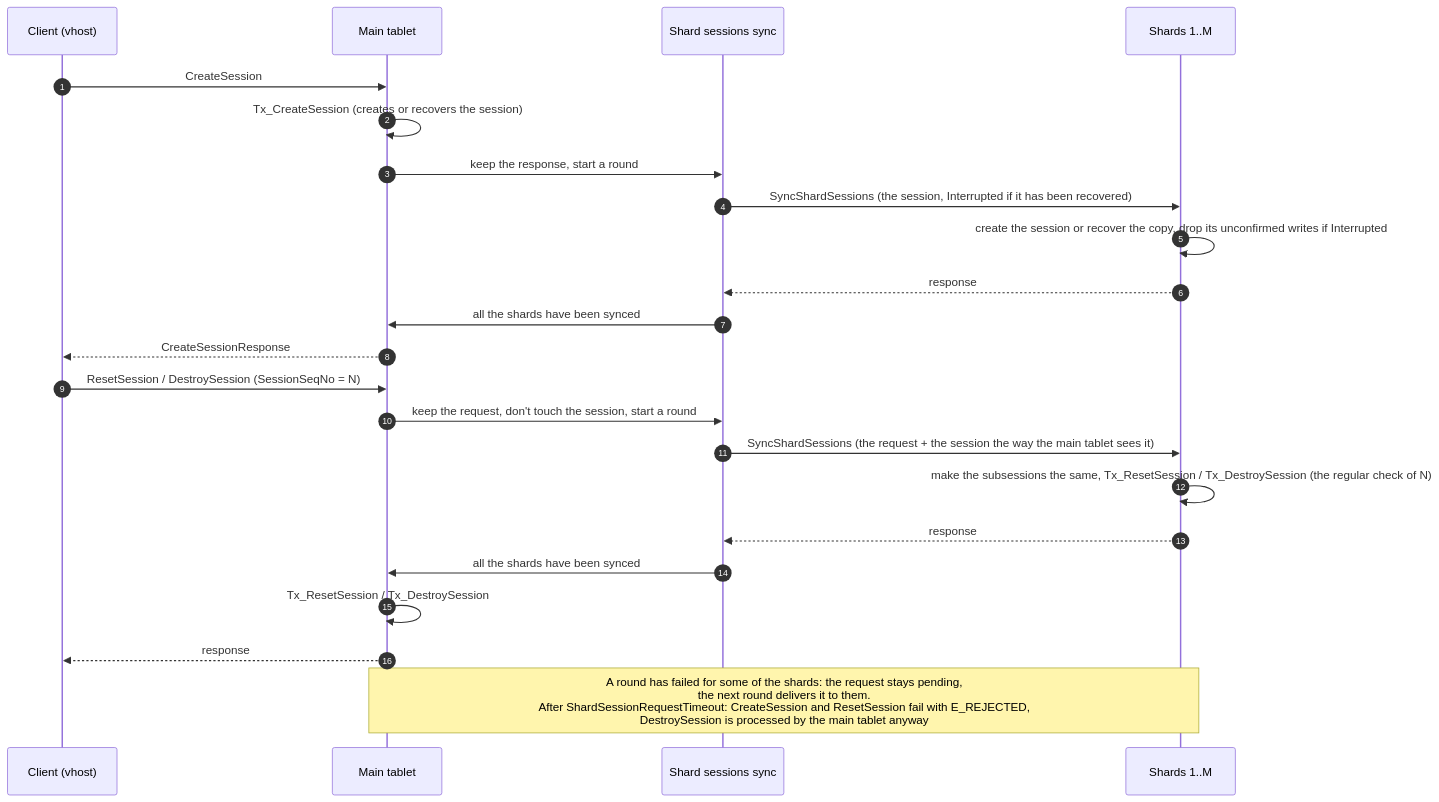
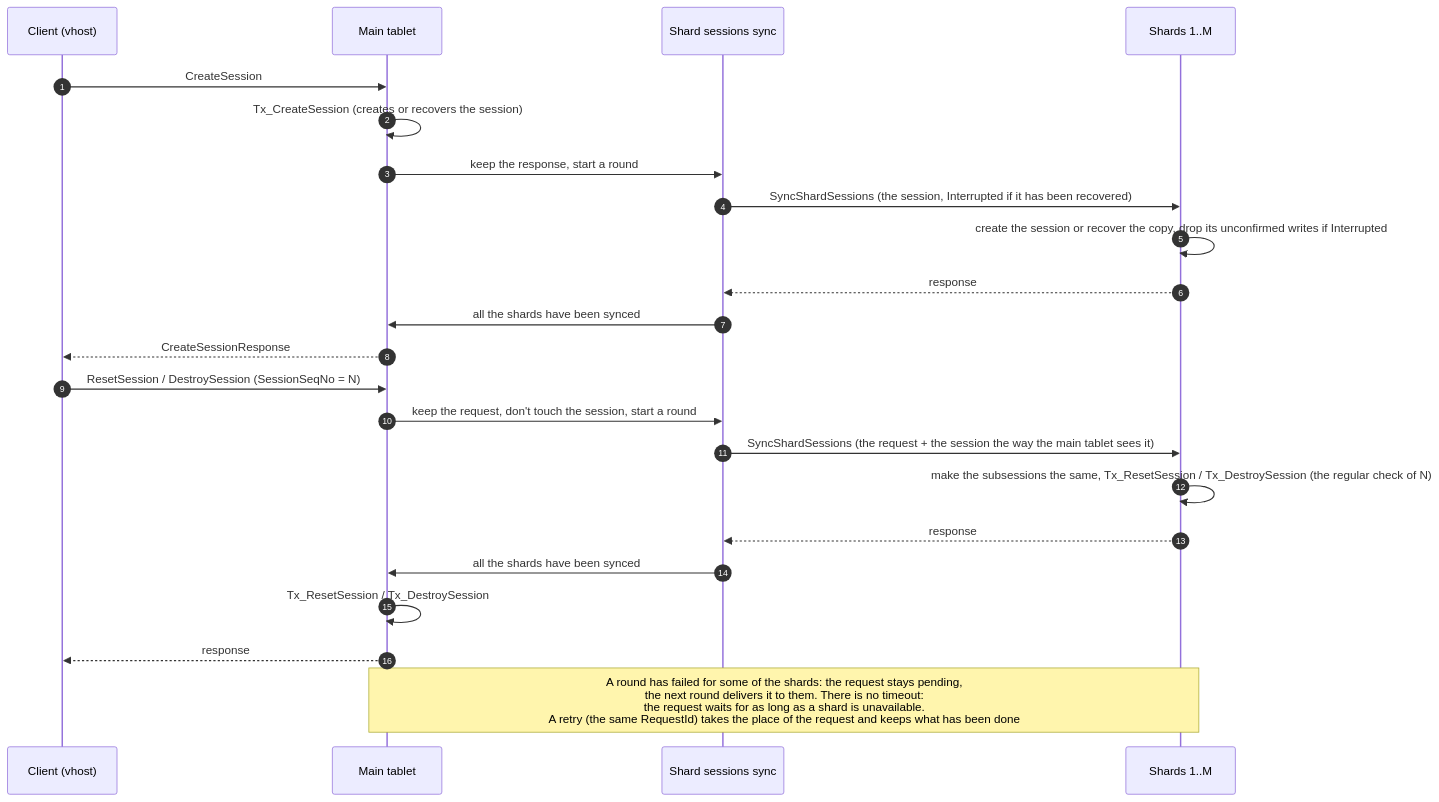
One commit to ydb-platform/nbs changed the second of 3 diagrams in doc/filestore/design/lazy_shard_sessions.md. Above: the diagram before and after it, drawn with Mermaid. The commit also changed other lines of this file, not shown here.

````diff
--- a/doc/filestore/design/lazy_shard_sessions.md
+++ b/doc/filestore/design/lazy_shard_sessions.md
@@ -75,28 +79,28 @@
 ```mermaid
 sequenceDiagram
     autonumber
     participant C as Client (vhost)
     participant M as Main tablet
     participant A as Shard sessions sync
     participant S as Shards 1..M
 
     C->>M: CreateSession
     M->>M: Tx_CreateSession (creates or recovers the session)
     M->>A: keep the response, start a round
     A->>S: SyncShardSessions (the session, Interrupted if it has been recovered)
     S->>S: create the session or recover the copy, drop its unconfirmed writes if Interrupted
     S-->>A: response
     A->>M: all the shards have been synced
     M-->>C: CreateSessionResponse
 
     C->>M: ResetSession / DestroySession (SessionSeqNo = N)
     M->>A: keep the request, don't touch the session, start a round
     A->>S: SyncShardSessions (the request + the session the way the main tablet sees it)
     S->>S: make the subsessions the same, Tx_ResetSession / Tx_DestroySession (the regular check of N)
     S-->>A: response
     A->>M: all the shards have been synced
     M->>M: Tx_ResetSession / Tx_DestroySession
     M-->>C: response
 
-    Note over M,S: A round has failed for some of the shards: the request stays pending,<br/>the next round delivers it to them.<br/>After ShardSessionRequestTimeout: CreateSession and ResetSession fail with E_REJECTED,<br/>DestroySession is processed by the main tablet anyway
+    Note over M,S: A round has failed for some of the shards: the request stays pending,<br/>the next round delivers it to them. There is no timeout:<br/>the request waits for as long as a shard is unavailable.<br/>A retry (the same RequestId) takes the place of the request and keeps what has been done
 ```
````
